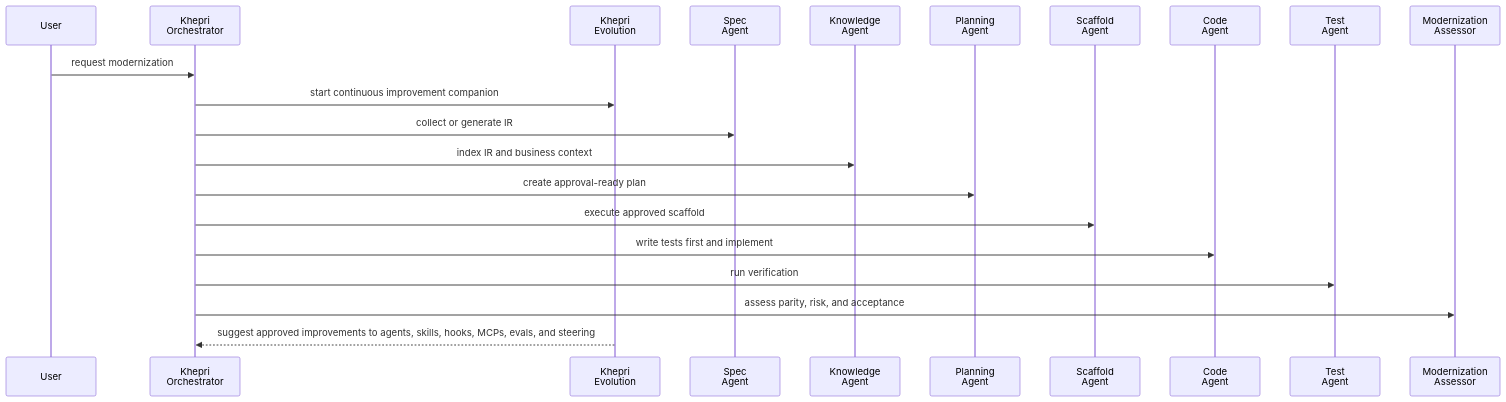
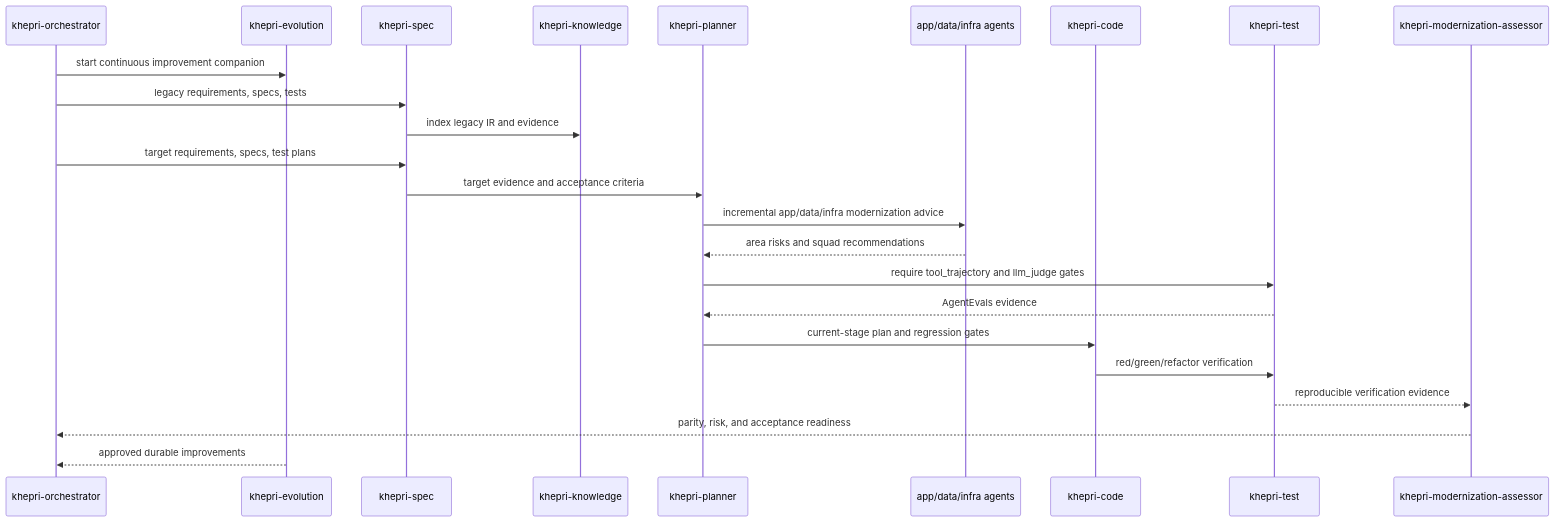
One commit to Tyler-R-Kendrick/project-khepri changed the second of 3 diagrams in README.md. Above: the diagram before and after it, drawn with Mermaid. The commit also changed other lines of this file and 26 other files, not shown here.

First line of the commit message:
Keep architecture docs current

````diff
--- a/README.md
+++ b/README.md
@@ -54,24 +43,27 @@
 ```mermaid
 sequenceDiagram
-    participant user as User
-    participant orch as Khepri<br/>Orchestrator
-    participant evo as Khepri<br/>Evolution
-    participant spec as Spec<br/>Agent
-    participant know as Knowledge<br/>Agent
-    participant plan as Planning<br/>Agent
-    participant scaffold as Scaffold<br/>Agent
-    participant code as Code<br/>Agent
-    participant test as Test<br/>Agent
-    participant assess as Modernization<br/>Assessor
+    participant orch as khepri-orchestrator
+    participant evo as khepri-evolution
+    participant spec as khepri-spec
+    participant know as khepri-knowledge
+    participant plan as khepri-planner
+    participant area as app/data/infra agents
+    participant code as khepri-code
+    participant test as khepri-test
+    participant assess as khepri-modernization-assessor
 
-    user->>orch: request modernization
     orch->>evo: start continuous improvement companion
-    orch->>spec: collect or generate IR
-    orch->>know: index IR and business context
-    orch->>plan: create approval-ready plan
-    orch->>scaffold: execute approved scaffold
-    orch->>code: write tests first and implement
-    orch->>test: run verification
-    orch->>assess: assess parity, risk, and acceptance
-    evo-->>orch: suggest approved improvements to agents, skills, hooks, MCPs, evals, and steering
+    orch->>spec: legacy requirements, specs, tests
+    spec->>know: index legacy IR and evidence
+    orch->>spec: target requirements, specs, test plans
+    spec->>plan: target evidence and acceptance criteria
+    plan->>area: incremental app/data/infra modernization advice
+    area-->>plan: area risks and squad recommendations
+    plan->>test: require tool_trajectory and llm_judge gates
+    test-->>plan: AgentEvals evidence
+    plan->>code: current-stage plan and regression gates
+    code->>test: red/green/refactor verification
+    test-->>assess: reproducible verification evidence
+    assess-->>orch: parity, risk, and acceptance readiness
+    evo-->>orch: approved durable improvements
 ```
````
